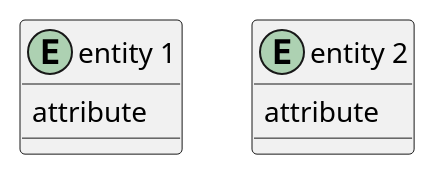
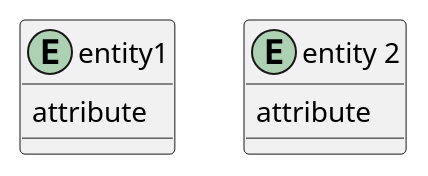
One commit to crsml/plantuml changed the first of 11 diagrams in er-diagram-cheat-sheet.md. Above: the diagram before and after it, drawn with PlantUML. The commit also changed other lines of this file, not shown here.

````diff
--- a/er-diagram-cheat-sheet.md
+++ b/er-diagram-cheat-sheet.md
@@ -20,10 +8,10 @@
 ```uml
 @startuml
-    entity "entity 1" as entity1 {
+    entity entity1 {
         attribute
     }
     entity "entity 2" as entity2 {
         attribute
     }
 @enduml
 ```
````
